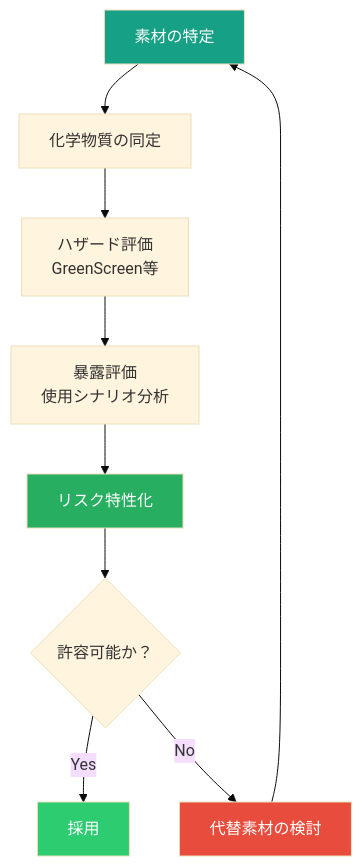
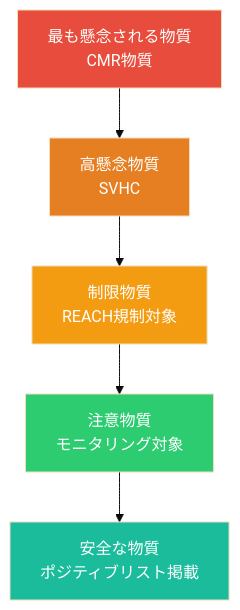
Before and after one commit to Hide-nu/Designer-curriculum: the first of 3 diagrams in docs/books/06-sustainable-design/ch04-sustainable-materials.md, drawn with Mermaid (base theme). The commit also changed other lines of this file and 13 other files, not shown here.

````diff
--- a/docs/books/06-sustainable-design/ch04-sustainable-materials.md
+++ b/docs/books/06-sustainable-design/ch04-sustainable-materials.md
@@ -35,16 +19,13 @@
 ```mermaid
 graph TD
-    A[素材の特定] --> B[化学物質の同定]
-    B --> C[ハザード評価<br/>GreenScreen等]
-    C --> D[暴露評価<br/>使用シナリオ分析]
-    D --> E[リスク特性化]
-    E --> F{許容可能か？}
-    F -->|Yes| G[採用]
-    F -->|No| H[代替素材の検討]
-    H --> A
+    A[最も懸念される物質<br/>CMR物質] --> B[高懸念物質<br/>SVHC]
+    B --> C[制限物質<br/>REACH規制対象]
+    C --> D[注意物質<br/>モニタリング対象]
+    D --> E[安全な物質<br/>ポジティブリスト掲載]
 
-    style A fill:#16A085,color:#fff
-    style E fill:#27AE60,color:#fff
-    style G fill:#2ECC71,color:#fff
-    style H fill:#E74C3C,color:#fff
+    style A fill:#E74C3C,color:#fff
+    style B fill:#E67E22,color:#fff
+    style C fill:#F39C12,color:#fff
+    style D fill:#2ECC71,color:#fff
+    style E fill:#1ABC9C,color:#fff
 ```
````
